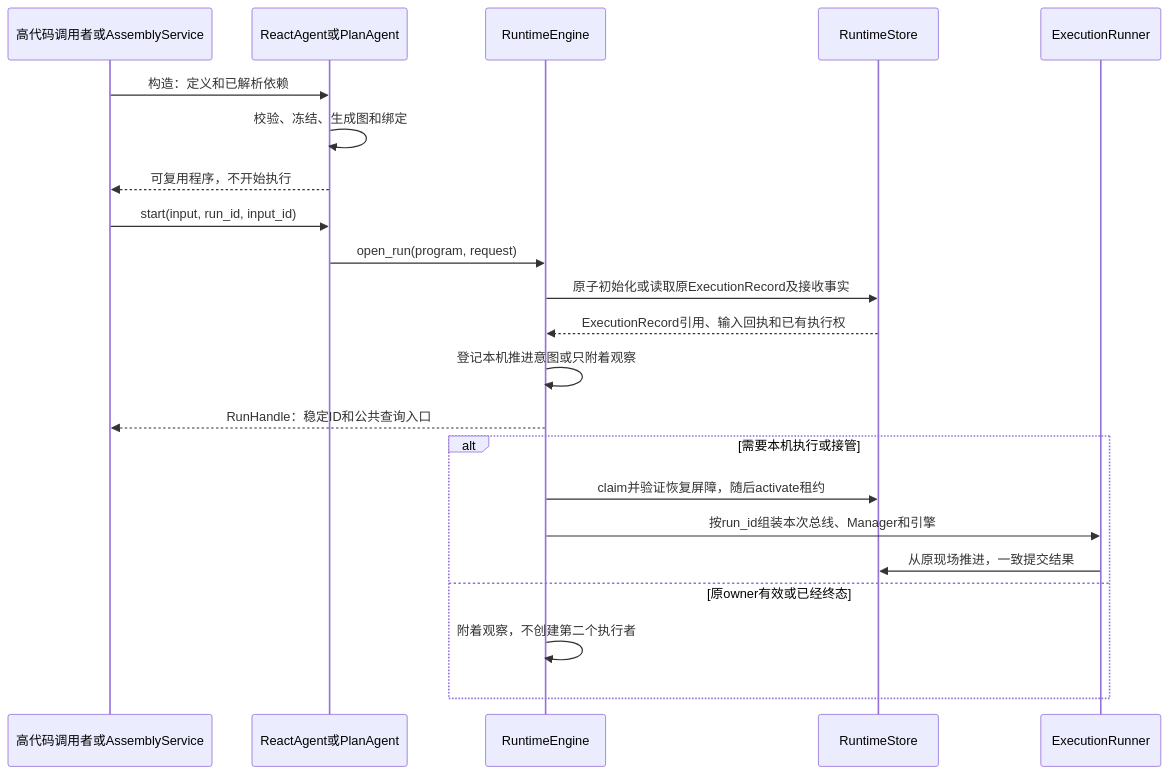
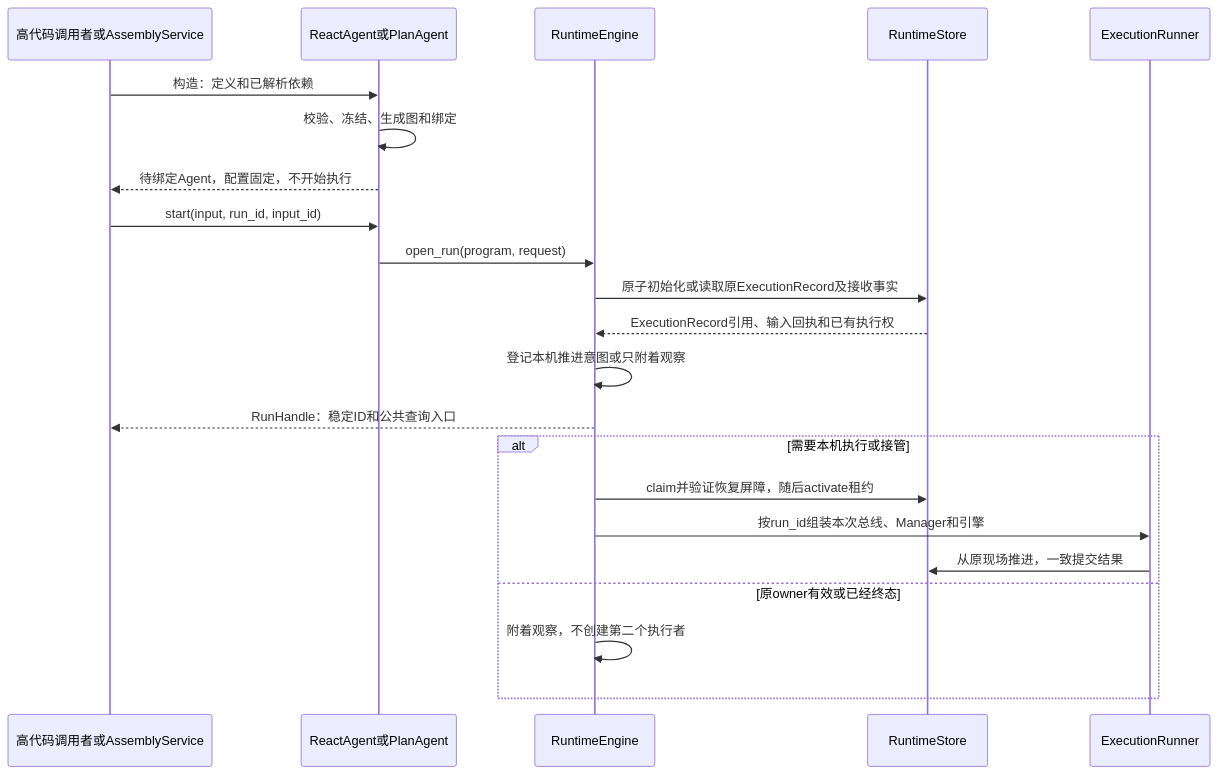
Before and after one commit to dujian0068/agent-loom: the second of 2 diagrams in docs/sdk/assembly.md, drawn with Mermaid. The commit also changed other lines of this file and 15 other files, not shown here.

````diff
--- a/docs/sdk/assembly.md
+++ b/docs/sdk/assembly.md
@@ -280,24 +303,24 @@
 ```mermaid
 sequenceDiagram
     participant C as 高代码调用者或AssemblyService
     participant A as ReactAgent或PlanAgent
     participant R as RuntimeEngine
     participant S as RuntimeStore
     participant X as ExecutionRunner
     C->>A: 构造：定义和已解析依赖
     A->>A: 校验、冻结、生成图和绑定
-    A-->>C: 可复用程序，不开始执行
+    A-->>C: 待绑定Agent，配置固定，不开始执行
     C->>A: start(input, run_id, input_id)
     A->>R: open_run(program, request)
     R->>S: 原子初始化或读取原ExecutionRecord及接收事实
     S-->>R: ExecutionRecord引用、输入回执和已有执行权
     R->>R: 登记本机推进意图或只附着观察
     R-->>C: RunHandle：稳定ID和公共查询入口
     alt 需要本机执行或接管
         R->>S: claim并验证恢复屏障，随后activate租约
         R->>X: 按run_id组装本次总线、Manager和引擎
         X->>S: 从原现场推进，一致提交结果
     else 原owner有效或已经终态
         R->>R: 附着观察，不创建第二个执行者
     end
 ```
````
